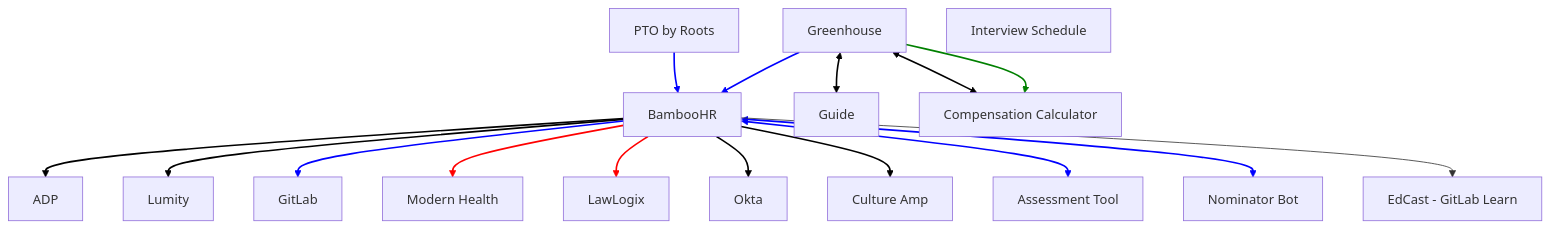
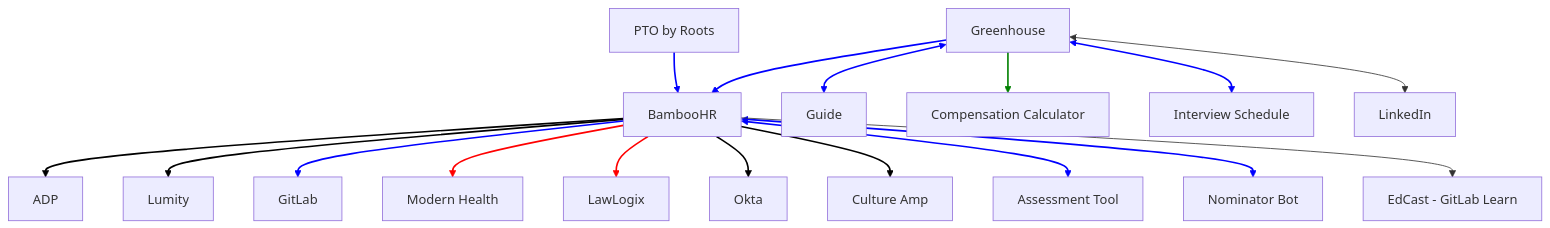
Before and after one commit to secretstartups/handbook: the diagram in people-group/systems-architecture/index.html.md, drawn with Mermaid. The commit also changed other lines of this file, not shown here.

Commit message:
Add LinkedIn

````diff
--- a/people-group/systems-architecture/index.html.md
+++ b/people-group/systems-architecture/index.html.md
@@ -17,52 +17,54 @@
 ```mermaid
 flowchart TD
     A[Greenhouse]
     B[BambooHR]
     C[GitLab]
     D[Modern Health]
     E[PTO by Roots]
     F[LawLogix]
     G[Okta]
     H[Culture Amp]
     I[Assessment Tool]
     J[Nominator Bot]
     K[Guide]
     L[EdCast - GitLab Learn]
     N[ADP]
     O[Lumity]
     P[Compensation Calculator]
     Q[Interview Schedule]
+    R[LinkedIn]
 
     A --> P 
     linkStyle 0 stroke-width:2px,fill:none,stroke:green;
     A <--> K
-    linkStyle 1 stroke-width:2px,fill:none,stroke:black;
+    linkStyle 1 stroke-width:2px,fill:none,stroke:blue;
 
     B --> N
     linkStyle 2 stroke-width:2px,fill:none,stroke:black;
     B --> O
     linkStyle 3 stroke-width:2px,fill:none,stroke:black;
     A --> B
     linkStyle 4 stroke-width:2px,fill:none,stroke:blue;
     B --> C
     linkStyle 5 stroke-width:2px,fill:none,stroke:blue;
     B --> D
     linkStyle 6 stroke-width:2px,fill:none,stroke:red;
     B --> F
     linkStyle 7 stroke-width:2px,fill:none,stroke:red;
     B --> G
     linkStyle 8 stroke-width:2px,fill:none,stroke:black;
     B --> H
     linkStyle 9 stroke-width:2px,fill:none,stroke:black;
     B <--> I
     linkStyle 10 stroke-width:2px,fill:none,stroke:blue;
     B <--> J
     linkStyle 11 stroke-width:2px,fill:none,stroke:blue;
 
     E --> B
     linkStyle 12 stroke-width:2px,fill:none,stroke:blue;
     
-    A <--> P
-    linkStyle 13 stroke-width:2px,fill:none,stroke:black;
+    A <--> Q
+    linkStyle 13 stroke-width:2px,fill:none,stroke:blue;
     B --> L
+    A <--> R
 ```
````
